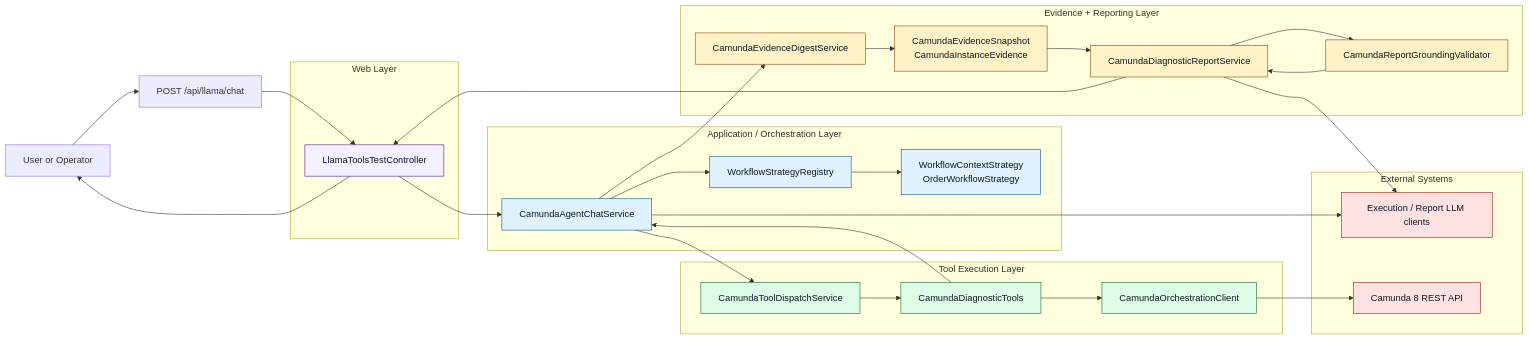
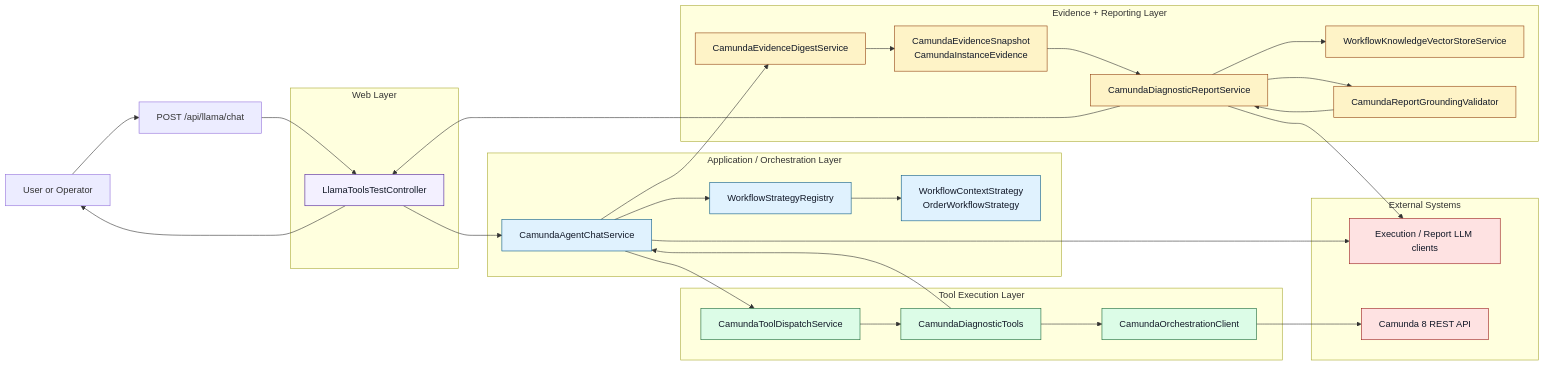
Before and after one commit to shubham-s1ngh/bpm-agents: the first of 3 diagrams in docs/camunda-chat-agent-architecture.md, drawn with Mermaid. The commit also changed other lines of this file and 19 other files, not shown here.

````diff
--- a/docs/camunda-chat-agent-architecture.md
+++ b/docs/camunda-chat-agent-architecture.md
@@ -17,58 +17,60 @@
 ```mermaid
 flowchart LR
     user[User or Operator]
     http["POST /api/llama/chat"]
 
     subgraph web["Web Layer"]
         controller["LlamaToolsTestController"]
     end
 
     subgraph orchestration["Application / Orchestration Layer"]
         chatService["CamundaAgentChatService"]
         registry["WorkflowStrategyRegistry"]
         strategy["WorkflowContextStrategy\nOrderWorkflowStrategy"]
     end
 
     subgraph tooling["Tool Execution Layer"]
         dispatch["CamundaToolDispatchService"]
         tools["CamundaDiagnosticTools"]
         camundaClient["CamundaOrchestrationClient"]
     end
 
     subgraph evidence["Evidence + Reporting Layer"]
         digest["CamundaEvidenceDigestService"]
         report["CamundaDiagnosticReportService"]
+        retrieval["WorkflowKnowledgeVectorStoreService"]
         validator["CamundaReportGroundingValidator"]
         snapshot["CamundaEvidenceSnapshot\nCamundaInstanceEvidence"]
     end
 
     subgraph external["External Systems"]
         llm["Execution / Report LLM clients"]
         camunda["Camunda 8 REST API"]
     end
 
     user --> http --> controller --> chatService
     chatService --> registry --> strategy
     chatService --> llm
     chatService --> dispatch --> tools --> camundaClient --> camunda
     tools --> chatService
     chatService --> digest --> snapshot
+    report --> retrieval
     snapshot --> report
     report --> llm
     report --> validator
     validator --> report
     report --> controller
     controller --> user
 
     classDef webFill fill:#f3f0ff,stroke:#4c1d95,stroke-width:1px,color:#111827;
     classDef orchestrationFill fill:#e0f2fe,stroke:#075985,stroke-width:1px,color:#111827;
     classDef toolFill fill:#dcfce7,stroke:#166534,stroke-width:1px,color:#111827;
     classDef evidenceFill fill:#fef3c7,stroke:#92400e,stroke-width:1px,color:#111827;
     classDef externalFill fill:#fee2e2,stroke:#991b1b,stroke-width:1px,color:#111827;
 
     class controller webFill;
     class chatService,registry,strategy orchestrationFill;
     class dispatch,tools,camundaClient toolFill;
-    class digest,report,validator,snapshot evidenceFill;
+    class digest,report,retrieval,validator,snapshot evidenceFill;
     class llm,camunda externalFill;
 ```
````
